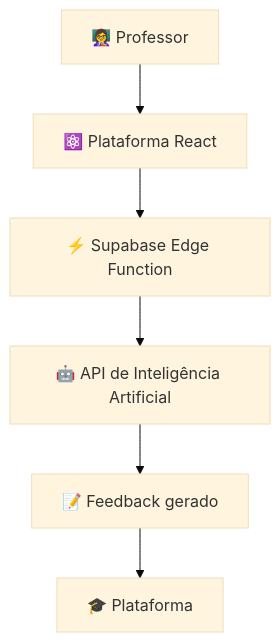
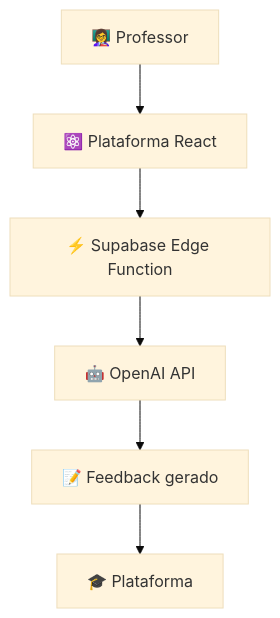
One commit to dejandrea/plataforma-ensino changed the second of 2 diagrams in README.md. Above: the diagram before and after it, drawn with Mermaid (base theme). The commit also changed other lines of this file, not shown here.

````diff
--- a/README.md
+++ b/README.md
@@ -106,8 +161,8 @@
 ```mermaid
 flowchart TD
     A[👩‍🏫 Professor] --> B[⚛️ Plataforma React]
     B --> C[⚡ Supabase Edge Function]
-    C --> D[🤖 API de Inteligência Artificial]
+    C --> D[🤖 OpenAI API]
     D --> E[📝 Feedback gerado]
     E --> F[🎓 Plataforma]
 ```
````
